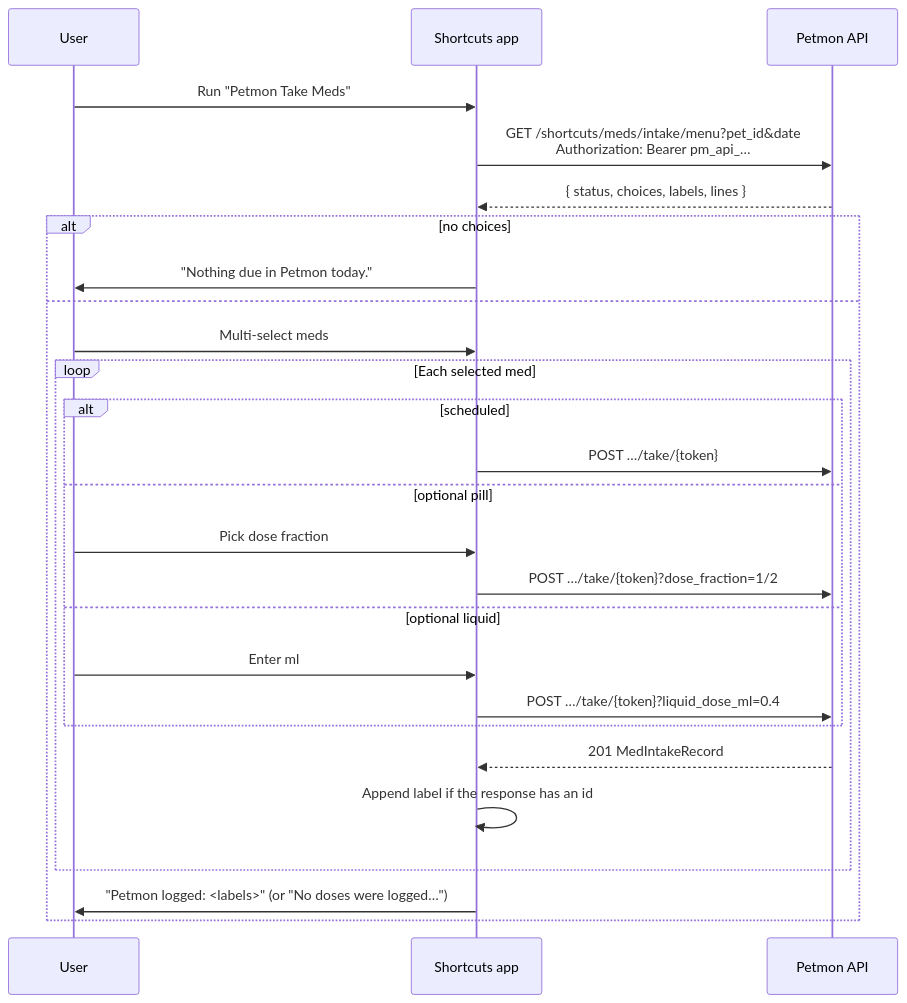
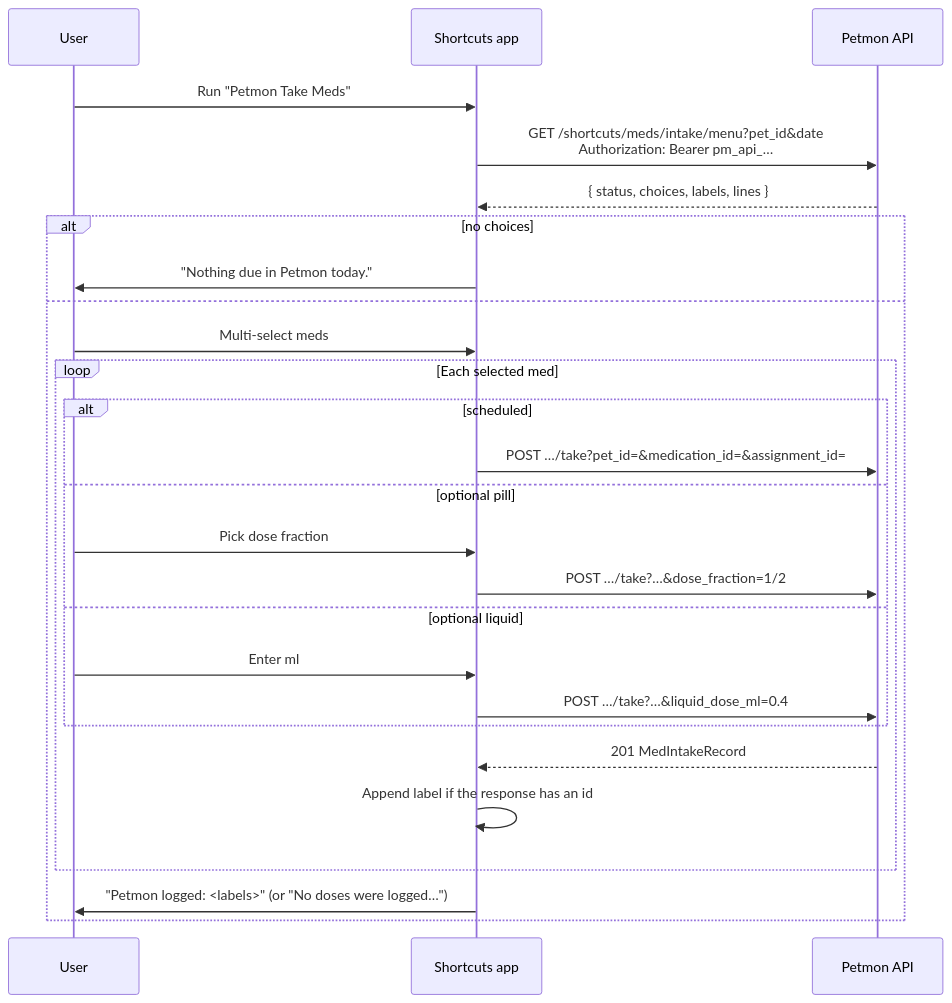
The diagram in docs/apple-shortcut-med-intake.md (j0rsa/petmon), drawn with Mermaid before and after one commit. The commit also changed other lines of this file, not shown here.

````diff
--- a/docs/apple-shortcut-med-intake.md
+++ b/docs/apple-shortcut-med-intake.md
@@ -11,29 +11,29 @@
 ```mermaid
 sequenceDiagram
   participant User
   participant Shortcuts as Shortcuts app
   participant API as Petmon API
 
   User->>Shortcuts: Run "Petmon Take Meds"
   Shortcuts->>API: GET /shortcuts/meds/intake/menu?pet_id&date<br/>Authorization: Bearer pm_api_…
   API-->>Shortcuts: { status, choices, labels, lines }
   alt no choices
     Shortcuts->>User: "Nothing due in Petmon today."
   else
     User->>Shortcuts: Multi-select meds
     loop Each selected med
       alt scheduled
-        Shortcuts->>API: POST …/take/{token}
+        Shortcuts->>API: POST …/take?pet_id=&medication_id=&assignment_id=
       else optional pill
         User->>Shortcuts: Pick dose fraction
-        Shortcuts->>API: POST …/take/{token}?dose_fraction=1/2
+        Shortcuts->>API: POST …/take?…&dose_fraction=1/2
       else optional liquid
         User->>Shortcuts: Enter ml
-        Shortcuts->>API: POST …/take/{token}?liquid_dose_ml=0.4
+        Shortcuts->>API: POST …/take?…&liquid_dose_ml=0.4
       end
       API-->>Shortcuts: 201 MedIntakeRecord
       Shortcuts->>Shortcuts: Append label if the response has an id
     end
     Shortcuts->>User: "Petmon logged: <labels>" (or "No doses were logged…")
   end
 ```
````
